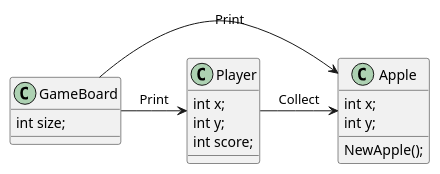
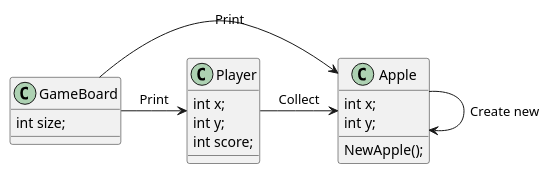
Before and after one commit to KacperMajkowski/TP_L1: the diagram in src/main/java/UML.puml, drawn with PlantUML.

```diff
--- a/src/main/java/UML.puml
+++ b/src/main/java/UML.puml
@@ -1,27 +1,28 @@
 @startuml
 
 class GameBoard
 {
     int size;
 }
 
 class Player
 {
     int x;
     int y;
     int score;
 }
 
 class Apple
 {
     int x;
     int y;
 
     NewApple();
 }
 
 GameBoard -> Player: Print
 GameBoard -> Apple: Print
 Player -> Apple: Collect
+Apple -> Apple: Create new
 
 @enduml
```
